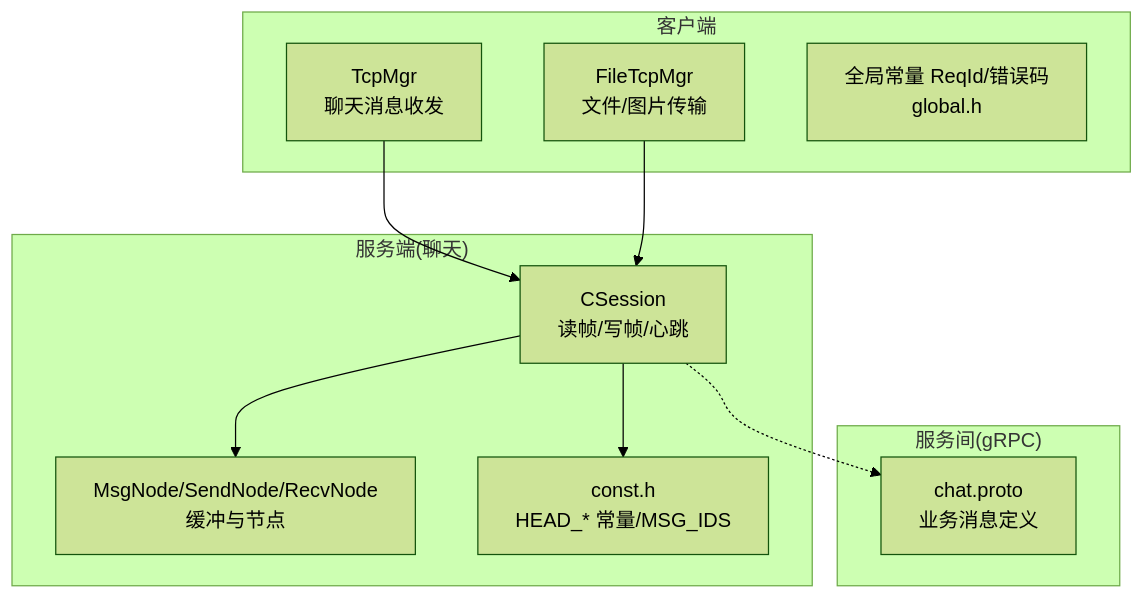
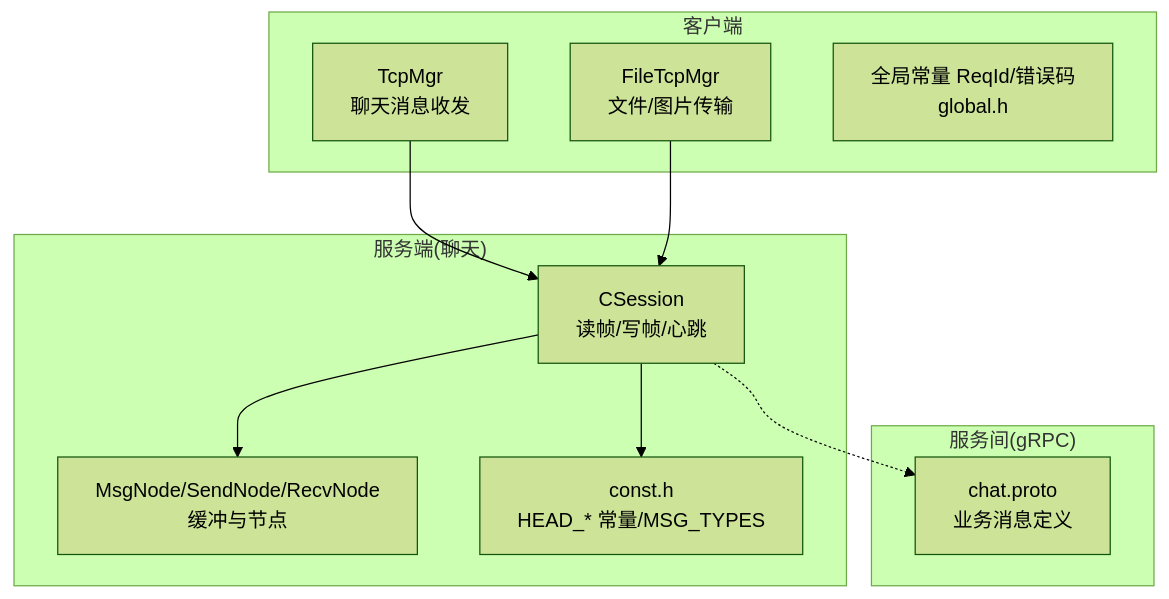
Before and after one commit to echo9923/mychatter: the first of 9 diagrams in .qoder/repowiki/zh/content/网络通信/TCP通信协议/TCP消息协议/消息帧格式规范.md, drawn with Mermaid (forest theme). The commit also changed other lines of this file and 128 other files, not shown here.

````diff
--- a/.qoder/repowiki/zh/content/网络通信/TCP通信协议/TCP消息协议/消息帧格式规范.md
+++ b/.qoder/repowiki/zh/content/网络通信/TCP通信协议/TCP消息协议/消息帧格式规范.md
@@ -36,21 +36,21 @@
 ```mermaid
 graph TB
 subgraph "客户端"
 A["TcpMgr<br/>聊天消息收发"]
 B["FileTcpMgr<br/>文件/图片传输"]
 C["全局常量 ReqId/错误码<br/>global.h"]
 end
 subgraph "服务端(聊天)"
 D["CSession<br/>读帧/写帧/心跳"]
 E["MsgNode/SendNode/RecvNode<br/>缓冲与节点"]
-F["const.h<br/>HEAD_* 常量/MSG_IDS"]
+F["const.h<br/>HEAD_* 常量/MSG_TYPES"]
 end
 subgraph "服务间(gRPC)"
 G["chat.proto<br/>业务消息定义"]
 end
 A --> D
 B --> D
 D --> E
 D --> F
 D -.-> G
 ```
````
